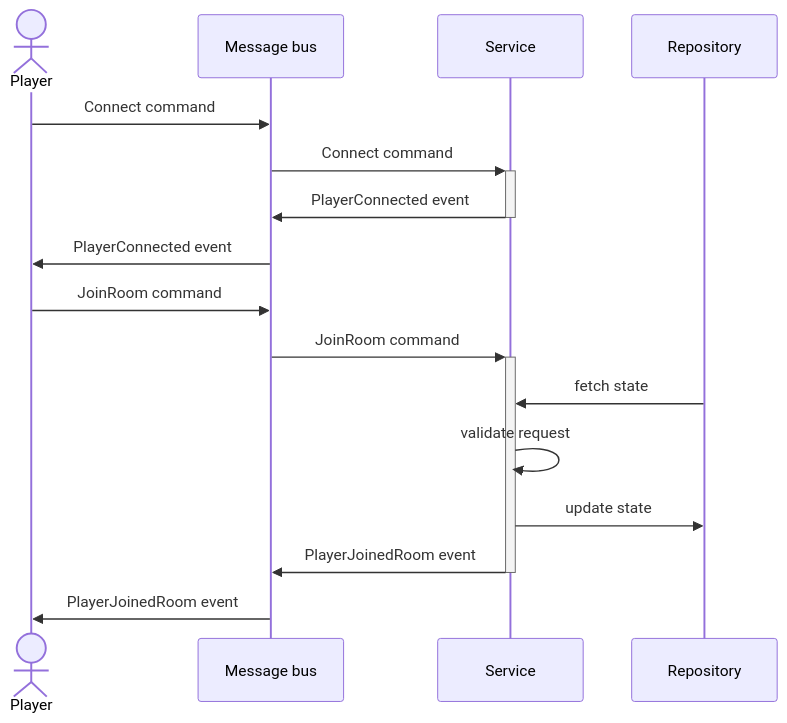
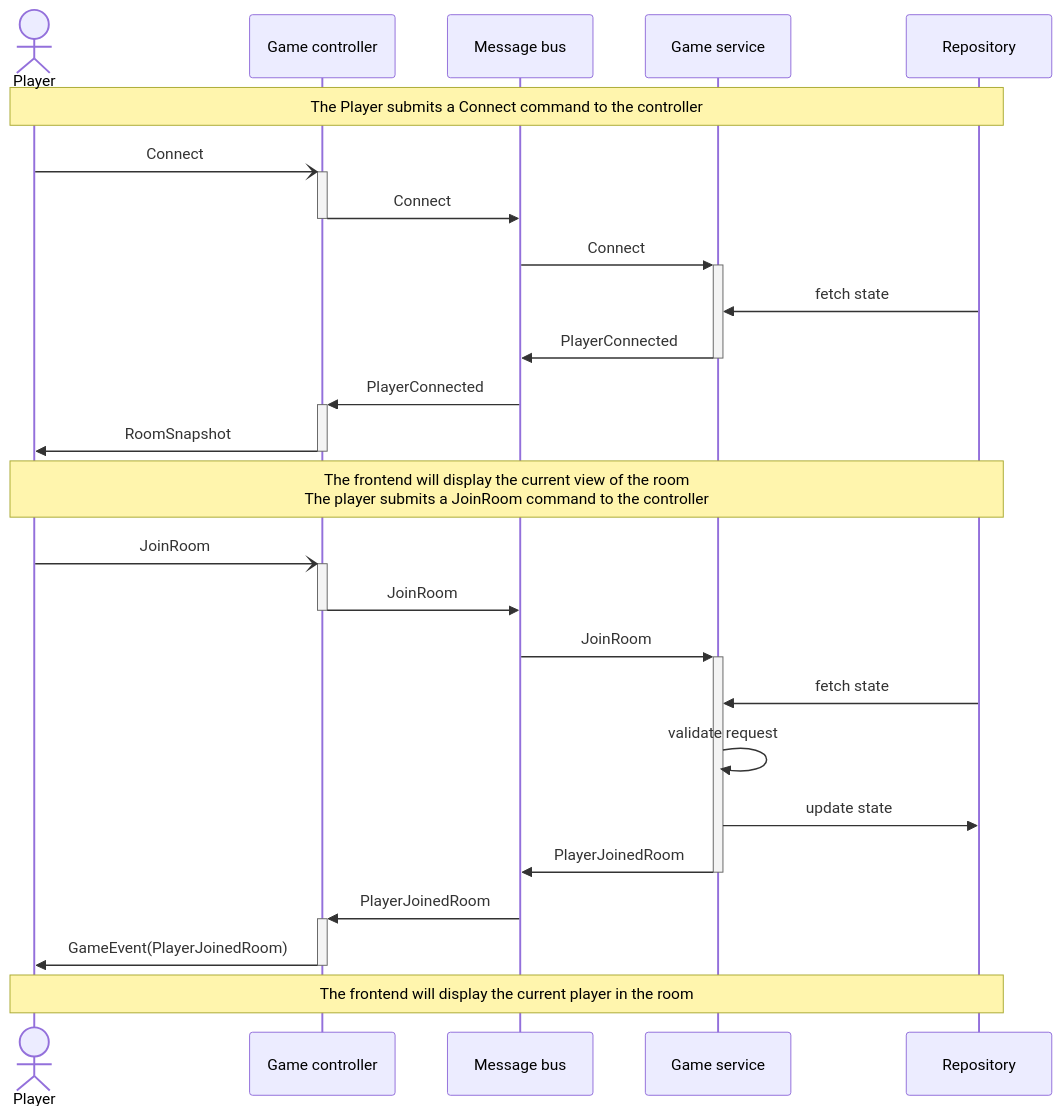
Before and after one commit to epifab/bastoni: the second of 3 diagrams in README.md, drawn with Mermaid. The commit also changed other lines of this file and 4 other files, not shown here.

````diff
--- a/README.md
+++ b/README.md
@@ -84,19 +83,28 @@
 ```mermaid
 sequenceDiagram
     actor Player
+    participant Game controller
     participant Message bus
-    participant Service
+    participant Game service
     participant Repository
-    
-    Player->>Message bus: Connect command
-    Message bus->>+Service: Connect command
-    Service->>-Message bus: PlayerConnected event
-    Message bus->>Player: PlayerConnected event
-    Player->>Message bus: JoinRoom command
-    Message bus->>+Service: JoinRoom command
-    Repository->>Service: fetch state
-    Service->>Service: validate request
-    Service->>Repository: update state
-    Service->>-Message bus: PlayerJoinedRoom event
-    Message bus->>Player: PlayerJoinedRoom event
+
+    note over Player, Repository: The Player submits a Connect command to the controller
+    Player-)+Game controller: Connect
+    Game controller->>-Message bus: Connect
+    Message bus->>+Game service: Connect
+    Repository->>Game service: fetch state
+    Game service->>-Message bus: PlayerConnected
+    Message bus->>+Game controller: PlayerConnected
+    Game controller->>-Player: RoomSnapshot
+    note over Player, Repository: The frontend will display the current view of the room<br/>The player submits a JoinRoom command to the controller
+    Player-)+Game controller: JoinRoom
+    Game controller->>-Message bus: JoinRoom
+    Message bus->>+Game service: JoinRoom
+    Repository->>Game service: fetch state
+    Game service->>Game service: validate request
+    Game service->>Repository: update state
+    Game service->>-Message bus: PlayerJoinedRoom
+    Message bus->>+Game controller: PlayerJoinedRoom
+    Game controller->>-Player: GameEvent(PlayerJoinedRoom)
+    note over Player, Repository: The frontend will display the current player in the room
 ```
````
